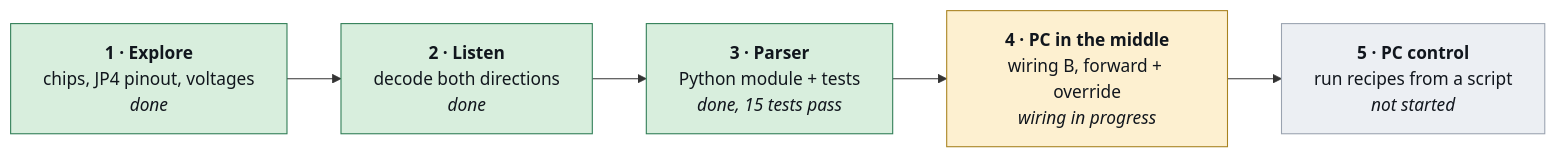
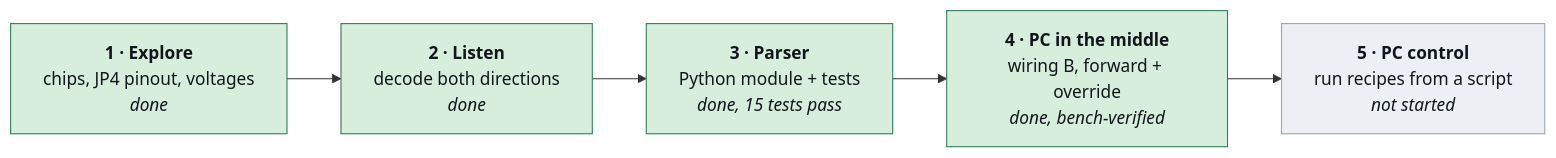
The first of 2 diagrams in README.md (coport-uni/SpinCoaterAutomationMidas), drawn with Mermaid before and after one commit. The commit also changed other lines of this file and 1 other file, not shown here.

````diff
--- a/README.md
+++ b/README.md
@@ -35,16 +36,15 @@
 ```mermaid
 flowchart LR
     S1["<b>1 · Explore</b><br/>chips, JP4 pinout, voltages<br/><i>done</i>"]
     S2["<b>2 · Listen</b><br/>decode both directions<br/><i>done</i>"]
     S3["<b>3 · Parser</b><br/>Python module + tests<br/><i>done, 15 tests pass</i>"]
-    S4["<b>4 · PC in the middle</b><br/>wiring B, forward + override<br/><i>wiring in progress</i>"]
+    S4["<b>4 · PC in the middle</b><br/>wiring B, forward + override<br/><i>done, bench-verified</i>"]
     S5["<b>5 · PC control</b><br/>run recipes from a script<br/><i>not started</i>"]
     S1 --> S2 --> S3 --> S4 --> S5
 
     classDef done fill:#d8eedd,stroke:#2f7d55,color:#11161d
     classDef part fill:#fdf0d0,stroke:#a8821f,color:#11161d
     classDef todo fill:#eceff3,stroke:#9aa3b0,color:#11161d
-    class S1,S2,S3 done
-    class S4 part
+    class S1,S2,S3,S4 done
     class S5 todo
 ```
````
